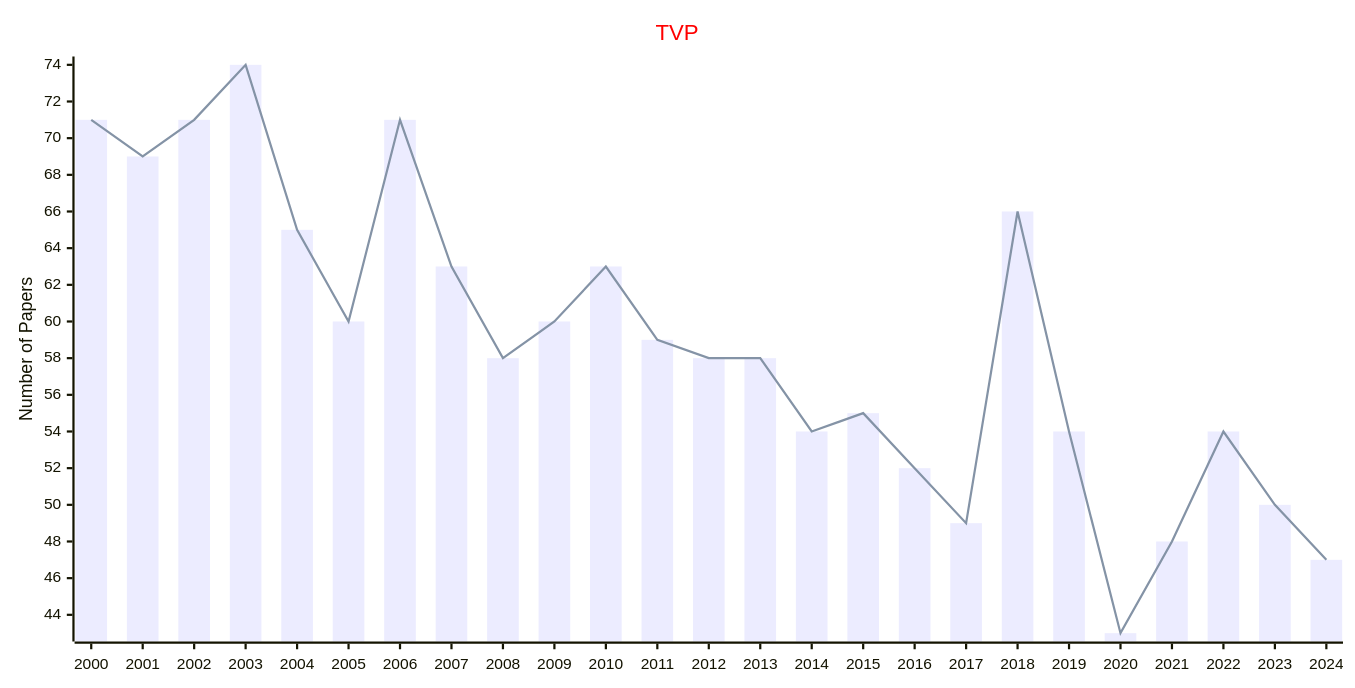
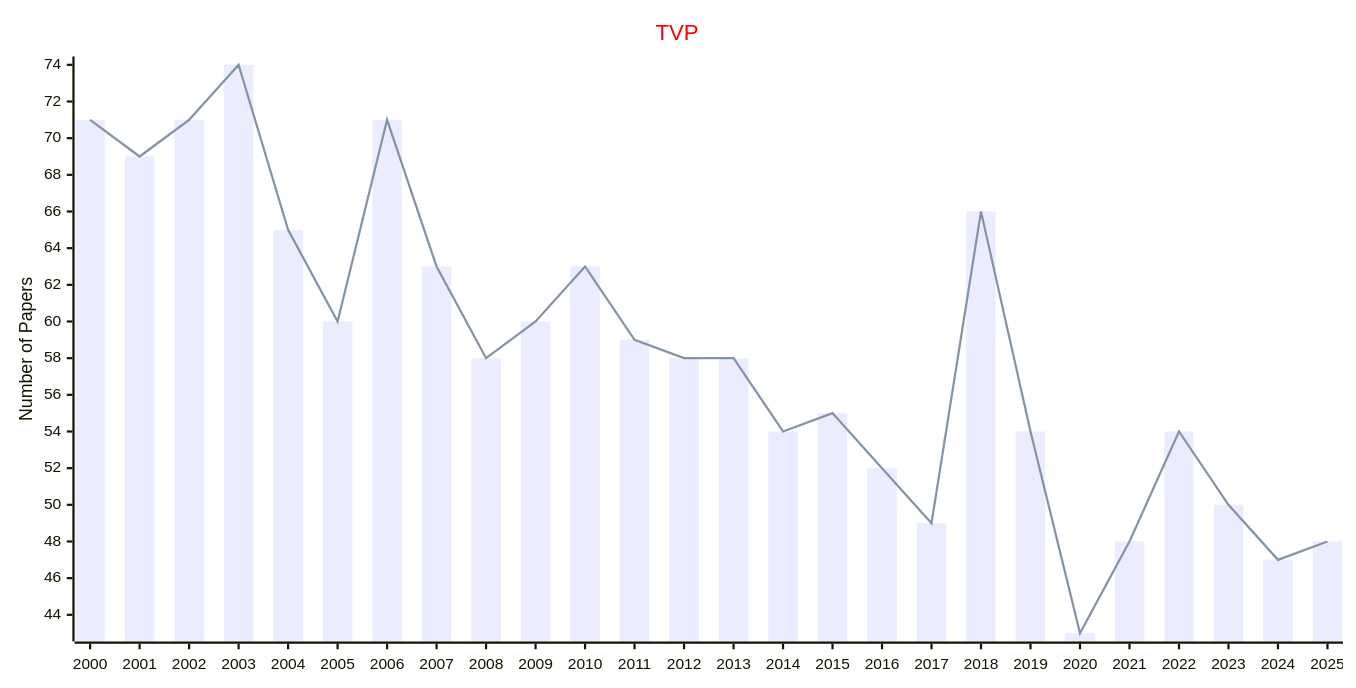
The third of 4 diagrams in docs/data/Journals/Statistics_Journals/Applied_Probability.md (Easy-PhD/AILinks), drawn with Mermaid before and after one commit. The commit also changed 93 other files, not shown here.

````diff
--- a/docs/data/Journals/Statistics_Journals/Applied_Probability.md
+++ b/docs/data/Journals/Statistics_Journals/Applied_Probability.md
@@ -57,17 +57,17 @@
 ```mermaid
 ---
 config:
     xyChart:
         width: 1200
         height: 600
     themeVariables:
         xyChart:
             titleColor: "#ff0000"
 ---
 xychart-beta
     title "TVP"
-    x-axis [2000, 2001, 2002, 2003, 2004, 2005, 2006, 2007, 2008, 2009, 2010, 2011, 2012, 2013, 2014, 2015, 2016, 2017, 2018, 2019, 2020, 2021, 2022, 2023, 2024]
+    x-axis [2000, 2001, 2002, 2003, 2004, 2005, 2006, 2007, 2008, 2009, 2010, 2011, 2012, 2013, 2014, 2015, 2016, 2017, 2018, 2019, 2020, 2021, 2022, 2023, 2024, 2025]
     y-axis "Number of Papers"
-    bar [71, 69, 71, 74, 65, 60, 71, 63, 58, 60, 63, 59, 58, 58, 54, 55, 52, 49, 66, 54, 43, 48, 54, 50, 47]
-    line [71, 69, 71, 74, 65, 60, 71, 63, 58, 60, 63, 59, 58, 58, 54, 55, 52, 49, 66, 54, 43, 48, 54, 50, 47]
+    bar [71, 69, 71, 74, 65, 60, 71, 63, 58, 60, 63, 59, 58, 58, 54, 55, 52, 49, 66, 54, 43, 48, 54, 50, 47, 48]
+    line [71, 69, 71, 74, 65, 60, 71, 63, 58, 60, 63, 59, 58, 58, 54, 55, 52, 49, 66, 54, 43, 48, 54, 50, 47, 48]
 ```
````
